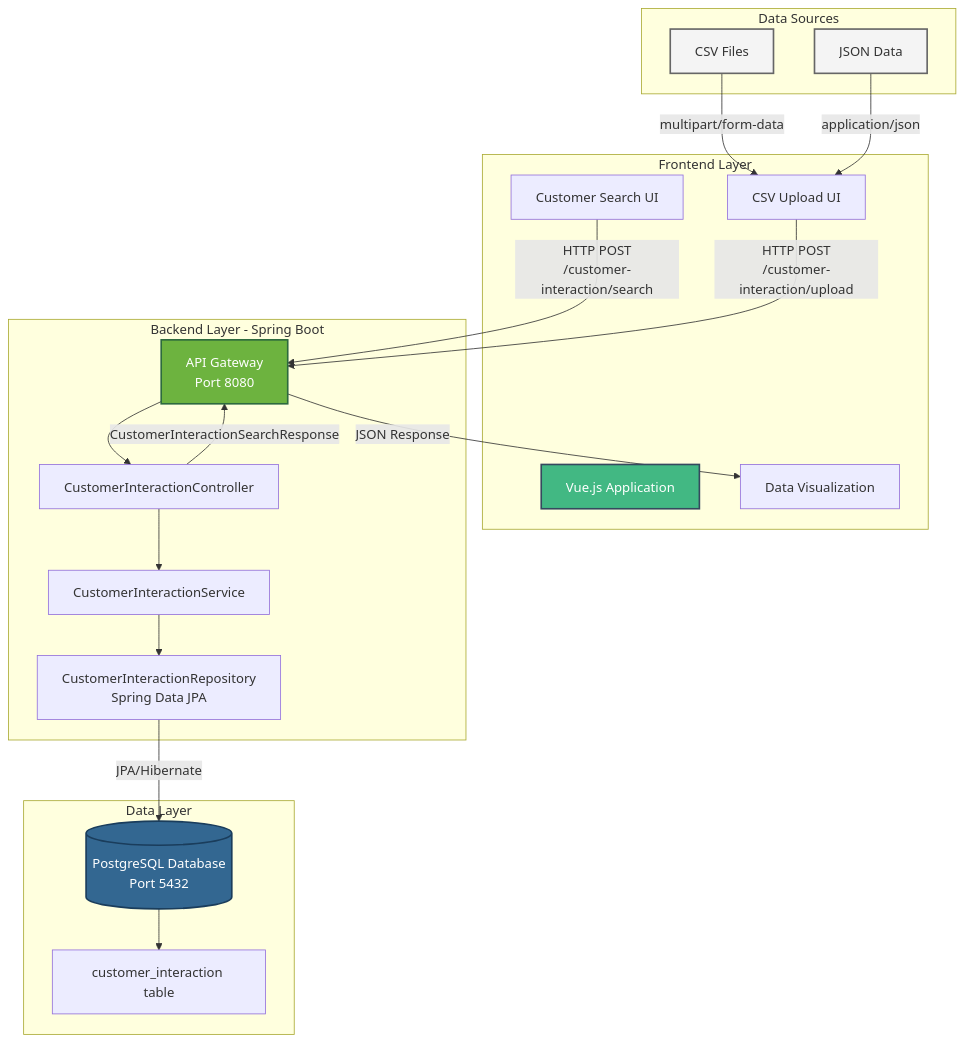
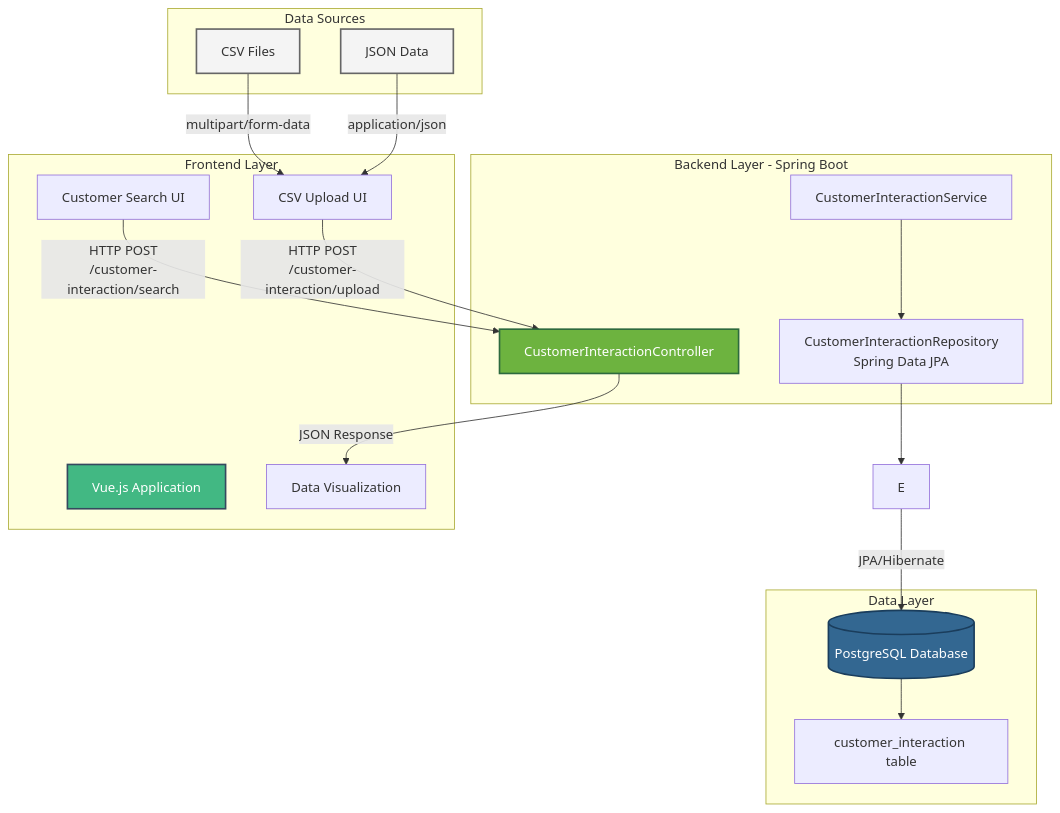
The diagram in README.md (stephenculmer/customer-workbench-backend), drawn with Mermaid before and after one commit.

Commit message:
Change arch diagram

````diff
--- a/README.md
+++ b/README.md
@@ -7,46 +7,43 @@
 ```mermaid
 graph TB
     subgraph "Frontend Layer"
         A[Vue.js Application]
         A1[Customer Search UI]
         A2[CSV Upload UI]
         A3[Data Visualization]
     end
 
     subgraph "Backend Layer - Spring Boot"
-        B[API Gateway<br/>Port 8080]
-        C[CustomerInteractionController]
-        D[CustomerInteractionService]
-        E[CustomerInteractionRepository<br/>Spring Data JPA]
+        B[CustomerInteractionController]
+        C[CustomerInteractionService]
+        D[CustomerInteractionRepository<br/>Spring Data JPA]
     end
 
     subgraph "Data Layer"
-        F[(PostgreSQL Database<br/>Port 5432)]
+        F[(PostgreSQL Database)]
         G[customer_interaction table]
     end
 
     subgraph "Data Sources"
         H[CSV Files]
         I[JSON Data]
     end
 
     A1 -->|HTTP POST<br/>/customer-interaction/search| B
     A2 -->|HTTP POST<br/>/customer-interaction/upload| B
     H -->|multipart/form-data| A2
     I -->|application/json| A2
 
-    B --> C
     C --> D
     D --> E
     E -->|JPA/Hibernate| F
     F --> G
 
-    C -->|CustomerInteractionSearchResponse| B
     B -->|JSON Response| A3
 
     style A fill:#42b883,stroke:#35495e,stroke-width:2px,color:#fff
     style B fill:#6db33f,stroke:#2d6a3e,stroke-width:2px,color:#fff
     style F fill:#336791,stroke:#1a3d5c,stroke-width:2px,color:#fff
     style H fill:#f4f4f4,stroke:#666,stroke-width:2px
     style I fill:#f4f4f4,stroke:#666,stroke-width:2px
 ```
````
